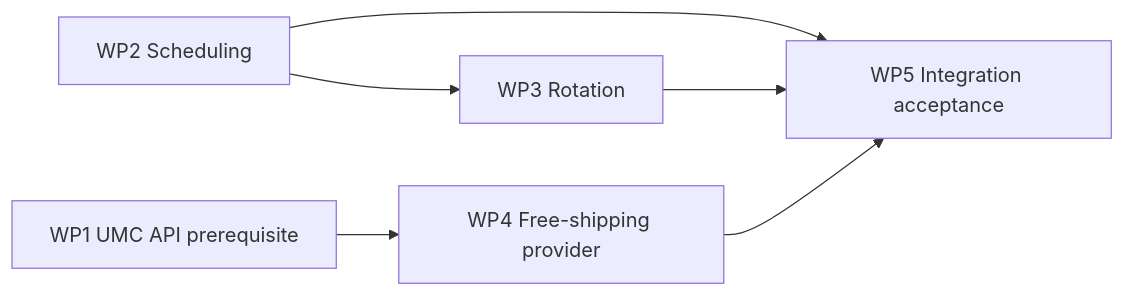
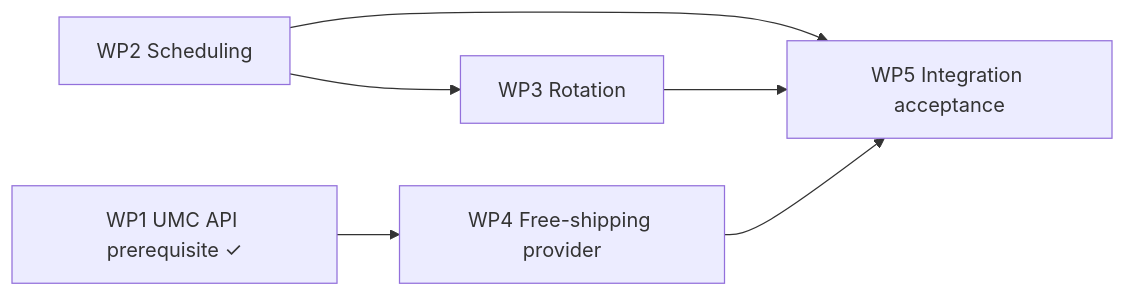
Before and after one commit to magpern/universal-site-announcements: the diagram in docs/plans/M2_SCHEDULING_ROTATION_FREE_SHIPPING.md, drawn with Mermaid. The commit also changed other lines of this file, not shown here.

First line of the commit message:
docs(m2): freeze scheduling rotation free-shipping plan

````diff
--- a/docs/plans/M2_SCHEDULING_ROTATION_FREE_SHIPPING.md
+++ b/docs/plans/M2_SCHEDULING_ROTATION_FREE_SHIPPING.md
@@ -89,8 +94,8 @@
 ```mermaid
 flowchart LR
-  wp1["WP1 UMC API prerequisite"] --> wp4["WP4 Free-shipping provider"]
+  wp1["WP1 UMC API prerequisite ✓"] --> wp4["WP4 Free-shipping provider"]
   wp2["WP2 Scheduling"] --> wp3["WP3 Rotation"]
   wp2 --> wp5["WP5 Integration acceptance"]
   wp3 --> wp5
   wp4 --> wp5
 ```
````
